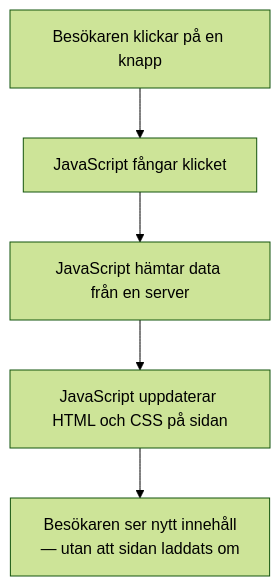
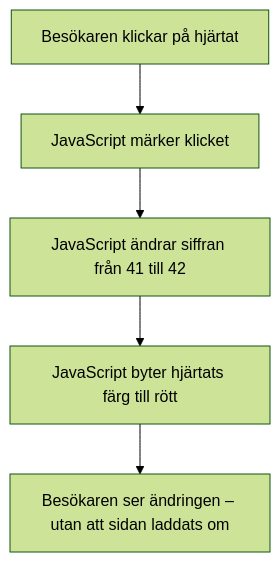
The diagram in manuscript/kap01-om-javascript.qmd (niklaspandersson/wt-book), drawn with Mermaid (forest theme) before and after one commit. The commit also changed other lines of this file and 1 other file, not shown here.

````diff
--- a/manuscript/kap01-om-javascript.qmd
+++ b/manuscript/kap01-om-javascript.qmd
@@ -27,8 +29,8 @@
 ```{mermaid}
-%%| fig-alt: "Flödesschema som visar hur ett klick på en knapp leder till att JavaScript fångar händelsen, hämtar data från en server, uppdaterar HTML och CSS, och slutligen visar nytt innehåll för besökaren utan att sidan laddas om."
+%%| fig-alt: "Flödesschema som visar vad som händer när besökaren klickar på ett hjärta: JavaScript märker klicket, räknar upp siffran från 41 till 42 och byter hjärtats färg till rött, och besökaren ser ändringen utan att sidan laddas om."
 flowchart TD
-    A[Besökaren klickar på en knapp] --> B[JavaScript fångar klicket]
-    B --> C[JavaScript hämtar data från en server]
-    C --> D[JavaScript uppdaterar HTML och CSS på sidan]
-    D --> E[Besökaren ser nytt innehåll\n— utan att sidan laddats om]
+    A[Besökaren klickar på hjärtat] --> B[JavaScript märker klicket]
+    B --> C[JavaScript ändrar siffran från 41 till 42]
+    C --> D[JavaScript byter hjärtats färg till rött]
+    D --> E[Besökaren ser ändringen – utan att sidan laddats om]
 ```
````
